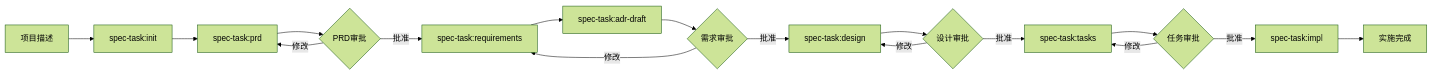
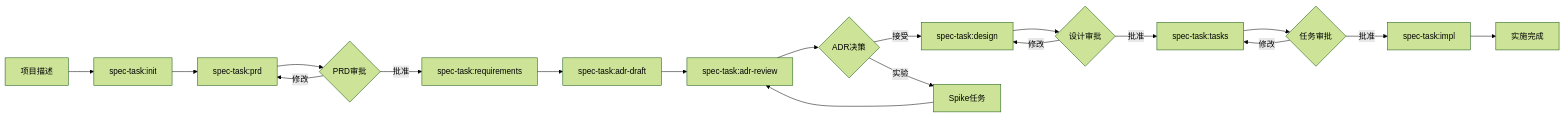
Before and after one commit to zhiyue/infinite-scribe: the diagram in .claude/commands/spec-task/README.md, drawn with Mermaid (forest theme). The commit also changed other lines of this file and 4 other files, not shown here.

First line of the commit message:
feat(spec-task): implement ADR review process and enhance workflow

````diff
--- a/.claude/commands/spec-task/README.md
+++ b/.claude/commands/spec-task/README.md
@@ -17,19 +17,21 @@
 ```mermaid
 graph LR
     A[项目描述] --> B[spec-task:init]
     B --> C[spec-task:prd]
     C --> D{PRD审批}
     D -->|批准| E[spec-task:requirements]  
     D -->|修改| C
     E --> F[spec-task:adr-draft]
-    F --> G{需求审批}
-    G -->|批准| H[spec-task:design]
-    G -->|修改| E
-    H --> I{设计审批}
-    I -->|批准| J[spec-task:tasks]
-    I -->|修改| H
-    J --> K{任务审批}
-    K -->|批准| L[spec-task:impl]
-    K -->|修改| J
-    L --> M[实施完成]
+    F --> G[spec-task:adr-review]
+    G --> H{ADR决策}
+    H -->|接受| I[spec-task:design]
+    H -->|实验| J[Spike任务]
+    J --> G
+    I --> K{设计审批}
+    K -->|批准| L[spec-task:tasks]
+    K -->|修改| I
+    L --> M{任务审批}
+    M -->|批准| N[spec-task:impl]
+    M -->|修改| L
+    N --> O[实施完成]
 ```
````
